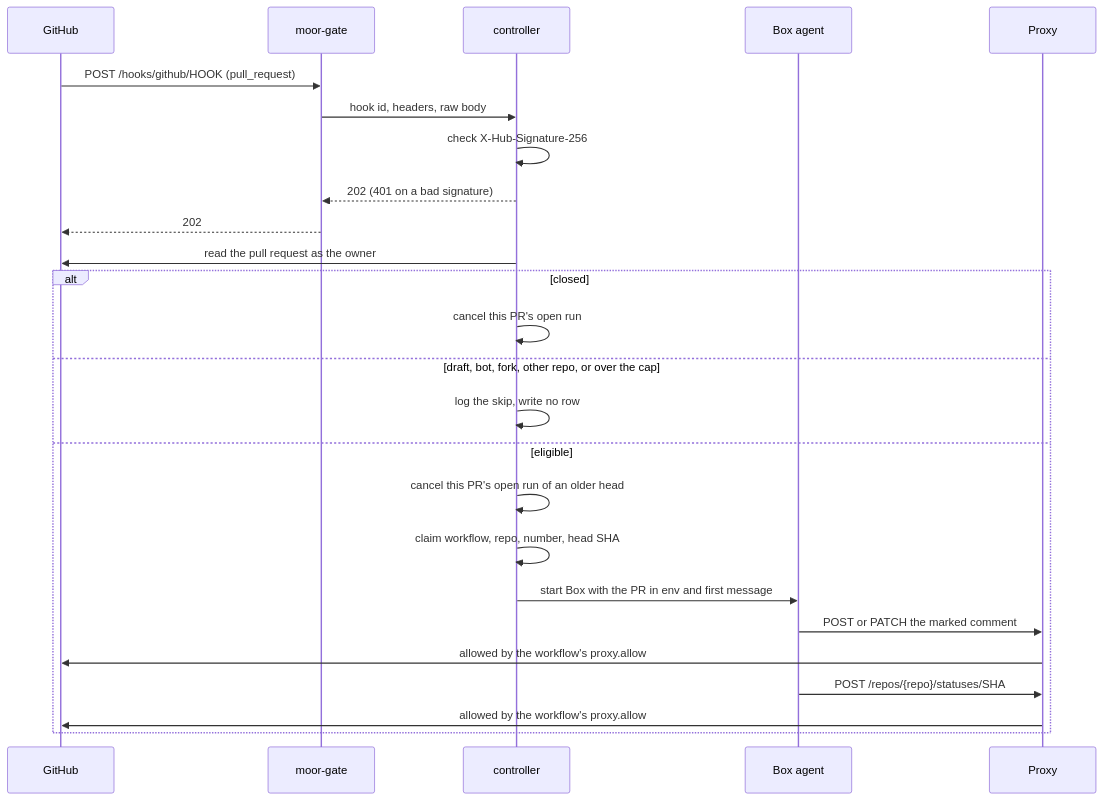
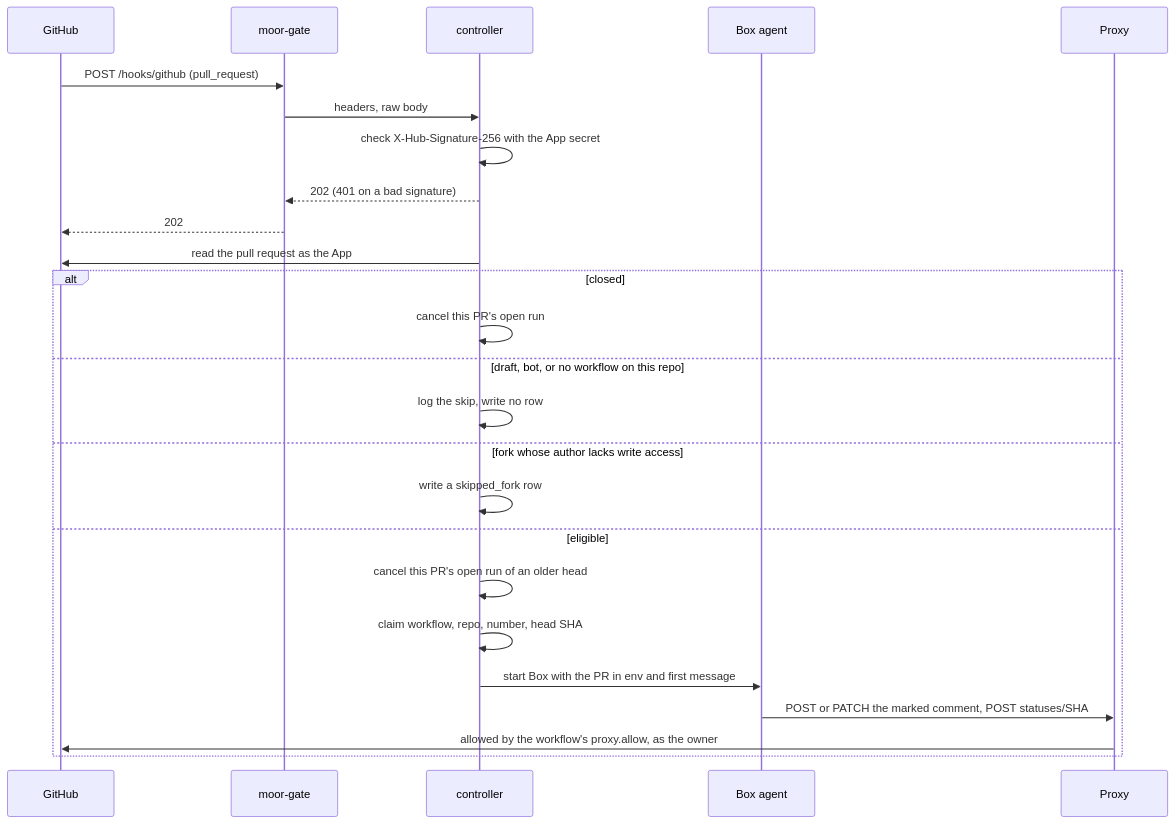
One commit to IniZio/moor changed the diagram in docs/specs/pr-trigger.md. Above: the diagram before and after it, drawn with Mermaid. The commit also changed other lines of this file, not shown here.

Commit message:
docs(specs): pr trigger decisions from the owner

````diff
--- a/docs/specs/pr-trigger.md
+++ b/docs/specs/pr-trigger.md
@@ -58,27 +123,27 @@
 ```mermaid
 sequenceDiagram
     participant GH as GitHub
     participant G as moor-gate
     participant C as controller
     participant B as Box agent
     participant P as Proxy
-    GH->>G: POST /hooks/github/HOOK (pull_request)
-    G->>C: hook id, headers, raw body
-    C->>C: check X-Hub-Signature-256
+    GH->>G: POST /hooks/github (pull_request)
+    G->>C: headers, raw body
+    C->>C: check X-Hub-Signature-256 with the App secret
     C-->>G: 202 (401 on a bad signature)
     G-->>GH: 202
-    C->>GH: read the pull request as the owner
+    C->>GH: read the pull request as the App
     alt closed
         C->>C: cancel this PR's open run
-    else draft, bot, fork, other repo, or over the cap
+    else draft, bot, or no workflow on this repo
         C->>C: log the skip, write no row
+    else fork whose author lacks write access
+        C->>C: write a skipped_fork row
     else eligible
         C->>C: cancel this PR's open run of an older head
         C->>C: claim workflow, repo, number, head SHA
         C->>B: start Box with the PR in env and first message
-        B->>P: POST or PATCH the marked comment
-        P->>GH: allowed by the workflow's proxy.allow
-        B->>P: POST /repos/{repo}/statuses/SHA
-        P->>GH: allowed by the workflow's proxy.allow
+        B->>P: POST or PATCH the marked comment, POST statuses/SHA
+        P->>GH: allowed by the workflow's proxy.allow, as the owner
     end
 ```
````
